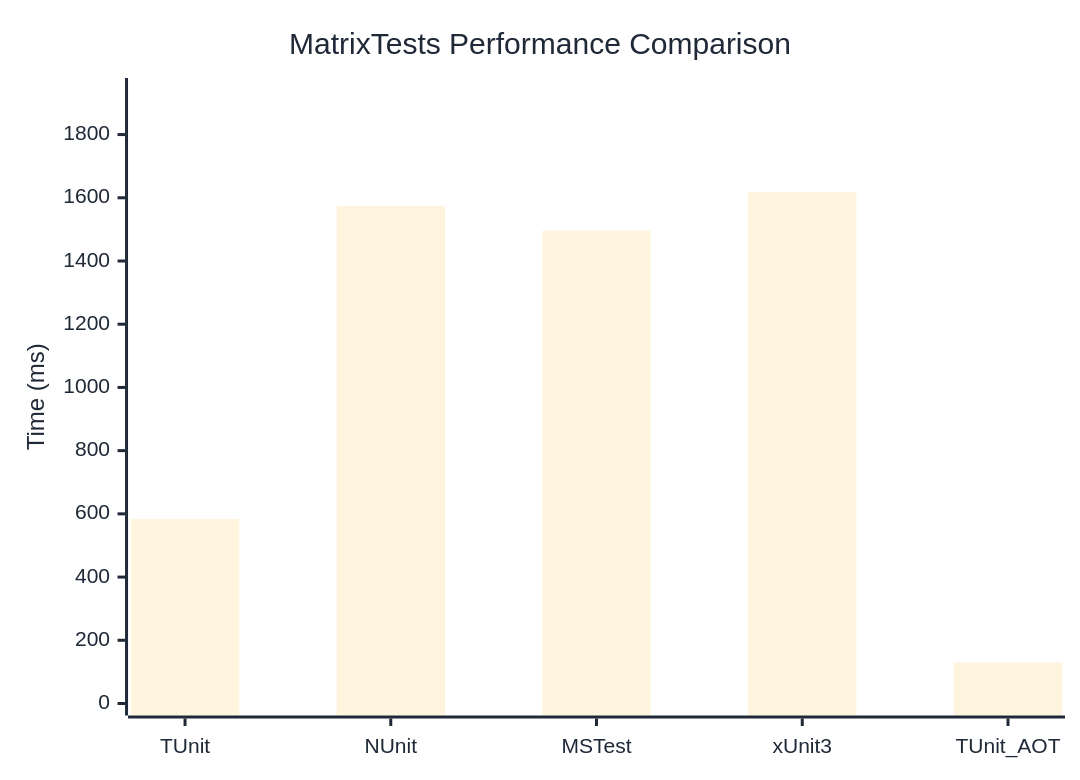
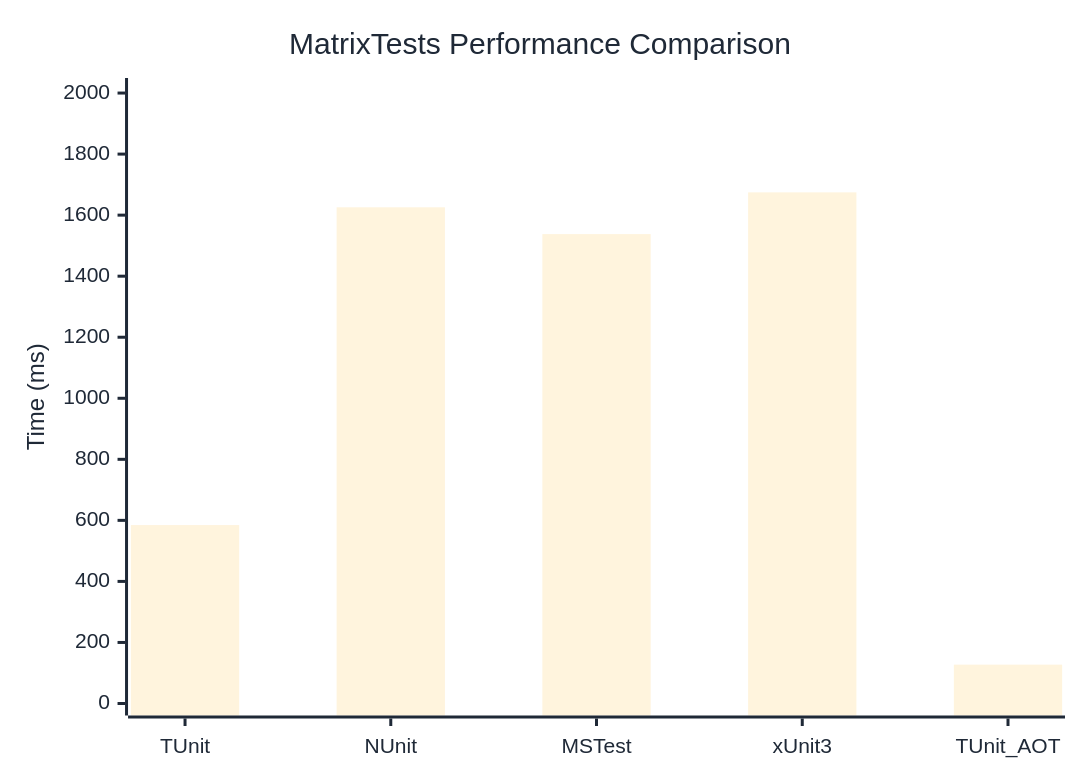
Before and after one commit to thomhurst/TUnit: the diagram in docs/docs/benchmarks/MatrixTests.md, drawn with Mermaid. The commit also changed other lines of this file and 17 other files, not shown here.

````diff
--- a/docs/docs/benchmarks/MatrixTests.md
+++ b/docs/docs/benchmarks/MatrixTests.md
@@ -27,37 +27,37 @@
 ```mermaid
 %%{init: {
   'theme':'base',
   'themeVariables': {
     'primaryColor': '#2563eb',
     'primaryTextColor': '#1f2937',
     'primaryBorderColor': '#1e40af',
     'lineColor': '#6b7280',
     'secondaryColor': '#7c3aed',
     'tertiaryColor': '#dc2626',
     'background': '#ffffff',
     'mainBkg': '#2563eb',
     'secondBkg': '#7c3aed',
     'tertiaryBkg': '#dc2626',
     'clusterBkg': '#f3f4f6',
     'edgeLabelBackground': '#ffffff',
     'tertiaryTextColor': '#1f2937',
     'pie1': '#2563eb',
     'pie2': '#7c3aed',
     'pie3': '#dc2626',
     'pie4': '#f59e0b',
     'pie5': '#10b981',
     'pie6': '#06b6d4',
     'pie7': '#ec4899',
     'pie8': '#6366f1',
     'pie9': '#84cc16',
     'pie10': '#f97316',
     'pie11': '#14b8a6',
     'pie12': '#a855f7'
   }
 }}%%
 xychart-beta
   title "MatrixTests Performance Comparison"
   x-axis ["TUnit", "NUnit", "MSTest", "xUnit3", "TUnit_AOT"]
-  y-axis "Time (ms)" 0 --> 1941
-  bar [583.5, 1574.6, 1496.4, 1617.4, 129.7]
+  y-axis "Time (ms)" 0 --> 2010
+  bar [584.6, 1625.7, 1537.9, 1674.6, 127.3]
 ```
````
